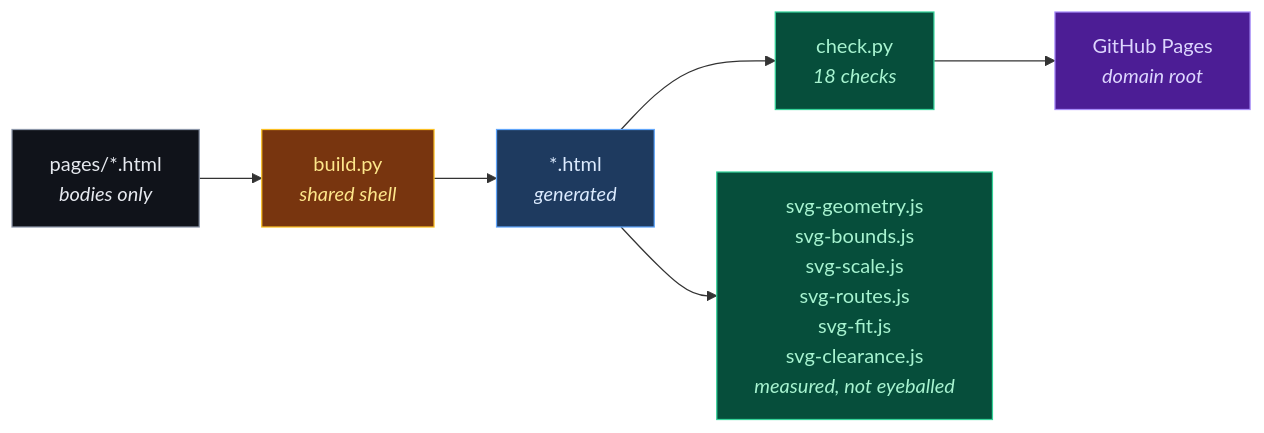
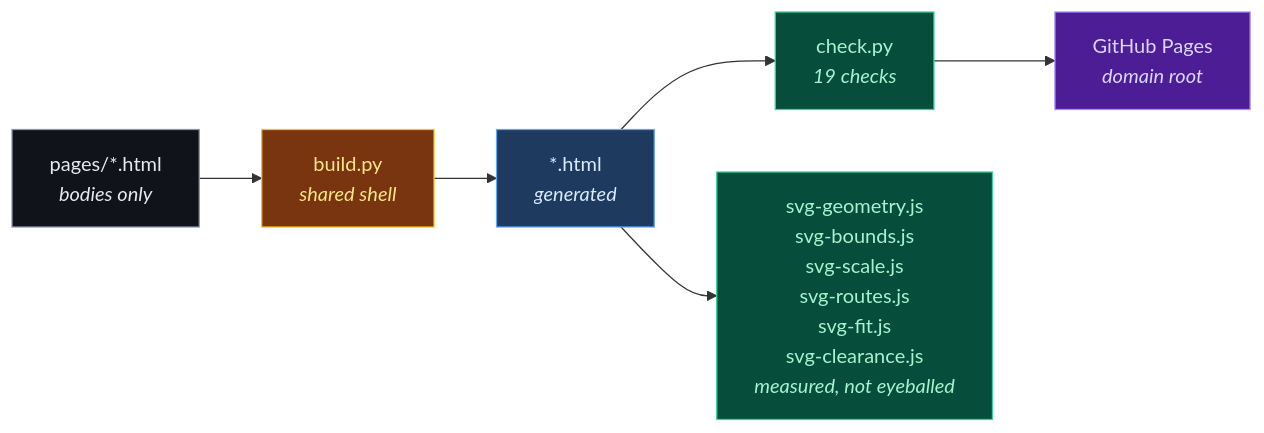
The diagram in README.md (doublegate-io/doublegate-io.github.io), drawn with Mermaid before and after one commit. The commit also changed other lines of this file and 13 other files, not shown here.

````diff
--- a/README.md
+++ b/README.md
@@ -35,15 +36,15 @@
 ```mermaid
 flowchart LR
   P["pages/*.html<br/><i>bodies only</i>"] --> B["build.py<br/><i>shared shell</i>"]
   B --> O["*.html<br/><i>generated</i>"]
-  O --> C["check.py<br/><i>18 checks</i>"]
+  O --> C["check.py<br/><i>19 checks</i>"]
   O --> G["svg-geometry.js<br/>svg-bounds.js<br/>svg-scale.js<br/>svg-routes.js<br/>svg-fit.js<br/>svg-clearance.js<br/><i>measured, not eyeballed</i>"]
   C --> D["GitHub Pages<br/><i>domain root</i>"]
 
   style P fill:#10131a,stroke:#8d97a9,color:#e6e9ef
   style B fill:#78350f,stroke:#fbbf24,color:#fde68a
   style O fill:#1e3a5f,stroke:#60a5fa,color:#dbeafe
   style C fill:#064e3b,stroke:#34d399,color:#a7f3d0
   style G fill:#064e3b,stroke:#34d399,color:#a7f3d0
   style D fill:#4c1d95,stroke:#a78bfa,color:#ddd6fe
 ```
````
